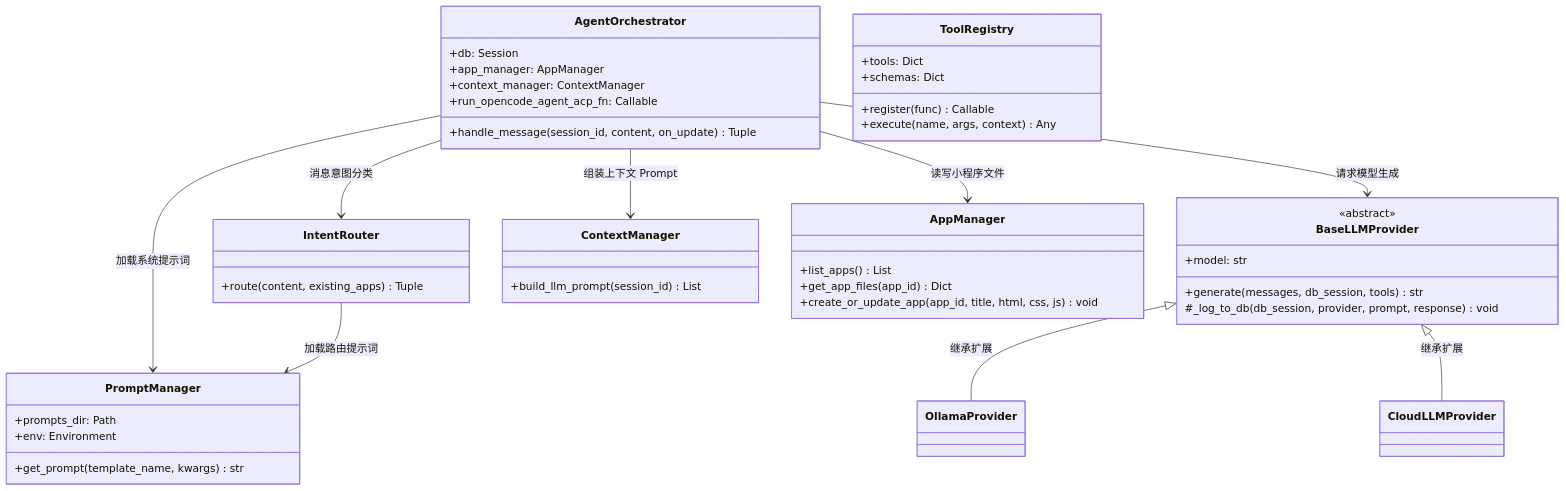
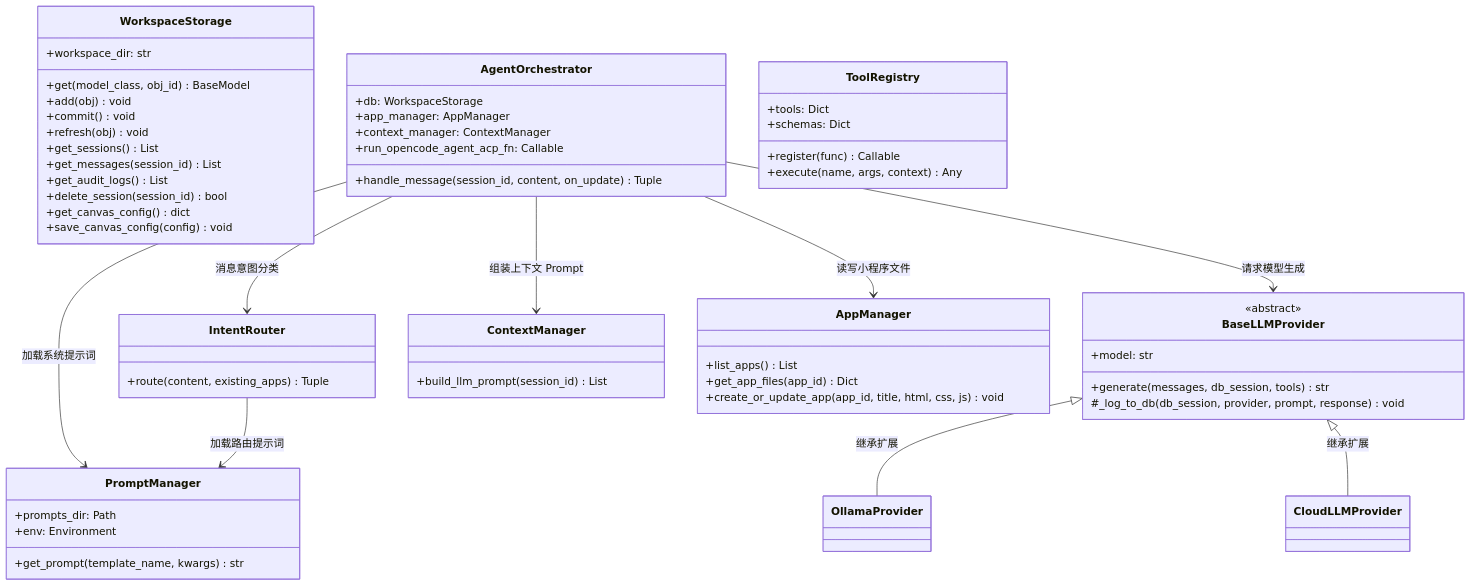
One commit to BillShiyaoZhang/ambient-agent changed the first of 2 diagrams in backend/agent/harness.md. Above: the diagram before and after it, drawn with Mermaid. The commit also changed 19 other files, not shown here.

Commit message:
refactor: replace SQLModel database dependency with custom WorkspaceStorage for session and artifact management

````diff
--- a/backend/agent/harness.md
+++ b/backend/agent/harness.md
@@ -9,53 +9,67 @@
 ```mermaid
 classDiagram
+    class WorkspaceStorage {
+        +workspace_dir: str
+        +get(model_class, obj_id) BaseModel
+        +add(obj) void
+        +commit() void
+        +refresh(obj) void
+        +get_sessions() List
+        +get_messages(session_id) List
+        +get_audit_logs() List
+        +delete_session(session_id) bool
+        +get_canvas_config() dict
+        +save_canvas_config(config) void
+    }
+
     class AgentOrchestrator {
-        +db: Session
+        +db: WorkspaceStorage
         +app_manager: AppManager
         +context_manager: ContextManager
         +run_opencode_agent_acp_fn: Callable
         +handle_message(session_id, content, on_update) Tuple
     }
 
     class IntentRouter {
         +route(content, existing_apps) Tuple
     }
 
     class BaseLLMProvider {
         <<abstract>>
         +model: str
         +generate(messages, db_session, tools) str
         #_log_to_db(db_session, provider, prompt, response) void
     }
 
     class ToolRegistry {
         +tools: Dict
         +schemas: Dict
         +register(func) Callable
         +execute(name, args, context) Any
     }
 
     class ContextManager {
         +build_llm_prompt(session_id) List
     }
 
     class AppManager {
         +list_apps() List
         +get_app_files(app_id) Dict
         +create_or_update_app(app_id, title, html, css, js) void
     }
 
     class PromptManager {
         +prompts_dir: Path
         +env: Environment
         +get_prompt(template_name, kwargs) str
     }
 
     AgentOrchestrator --> IntentRouter : 消息意图分类
     AgentOrchestrator --> BaseLLMProvider : 请求模型生成
     AgentOrchestrator --> ContextManager : 组装上下文 Prompt
     AgentOrchestrator --> AppManager : 读写小程序文件
     AgentOrchestrator --> PromptManager : 加载系统提示词
     IntentRouter --> PromptManager : 加载路由提示词
     BaseLLMProvider <|-- OllamaProvider : 继承扩展
     BaseLLMProvider <|-- CloudLLMProvider : 继承扩展
 ```
````
